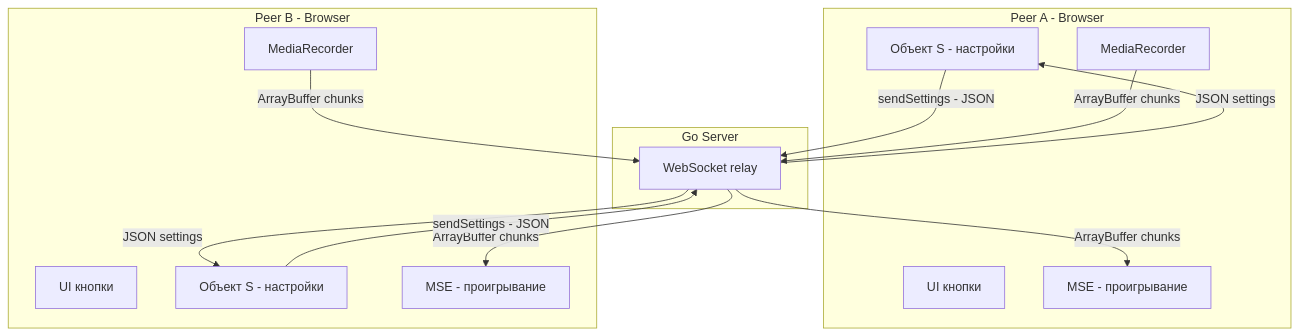
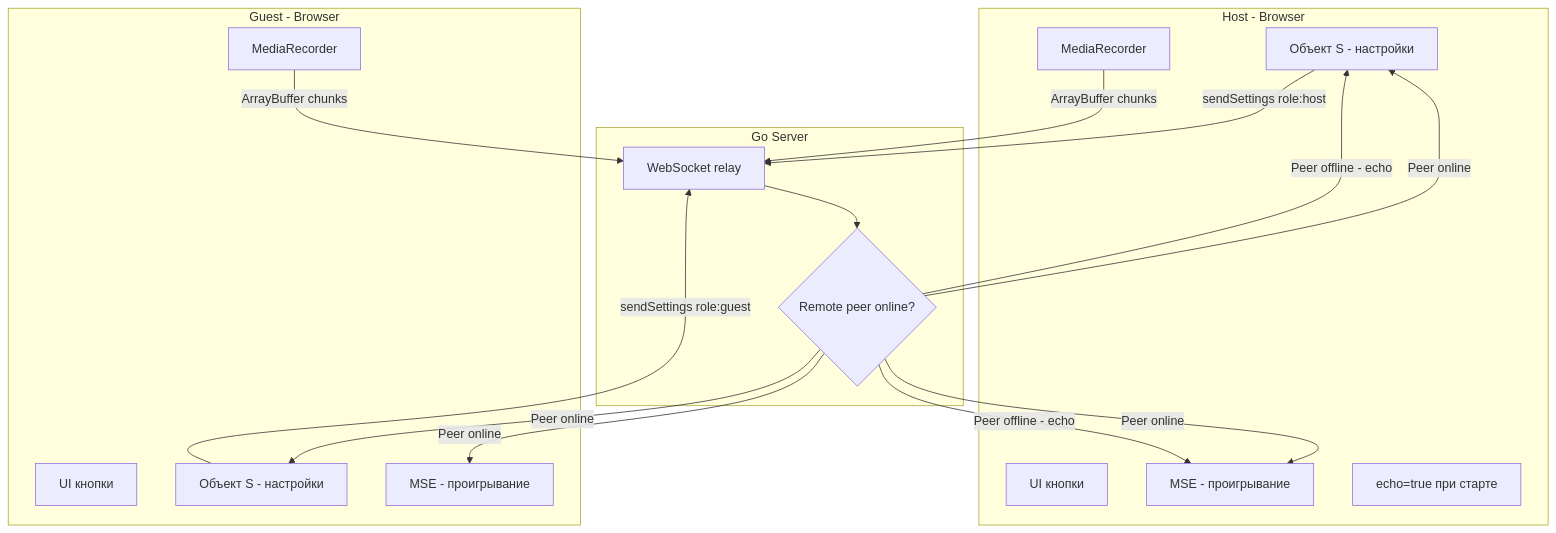
One commit to howeyc/crocgui changed the first of 6 diagrams in plans/videocall-protocol.md. Above: the diagram before and after it, drawn with Mermaid. The commit also changed other lines of this file and 9 other files, not shown here.

````diff
--- a/plans/videocall-protocol.md
+++ b/plans/videocall-protocol.md
@@ -5,27 +5,33 @@
 ```mermaid
 graph TD
-    subgraph Peer A - Browser
-        A_UI[UI кнопки]
-        A_S[Объект S - настройки]
-        A_REC[MediaRecorder]
-        A_MSE[MSE - проигрывание]
+    subgraph Host - Browser
+        H_UI[UI кнопки]
+        H_S[Объект S - настройки]
+        H_REC[MediaRecorder]
+        H_MSE[MSE - проигрывание]
+        H_ECHO[echo=true при старте]
     end
     subgraph Go Server
         WS[WebSocket relay]
+        ECHO{Remote peer online?}
     end
-    subgraph Peer B - Browser
-        B_UI[UI кнопки]
-        B_S[Объект S - настройки]
-        B_REC[MediaRecorder]
-        B_MSE[MSE - проигрывание]
+    subgraph Guest - Browser
+        G_UI[UI кнопки]
+        G_S[Объект S - настройки]
+        G_REC[MediaRecorder]
+        G_MSE[MSE - проигрывание]
     end
 
-    A_S -->|sendSettings - JSON| WS
-    A_REC -->|ArrayBuffer chunks| WS
-    WS -->|JSON settings| B_S
-    WS -->|ArrayBuffer chunks| B_MSE
-    B_S -->|sendSettings - JSON| WS
-    B_REC -->|ArrayBuffer chunks| WS
-    WS -->|JSON settings| A_S
-    WS -->|ArrayBuffer chunks| A_MSE
+    H_S -->|sendSettings role:host| WS
+    H_REC -->|ArrayBuffer chunks| WS
+    G_S -->|sendSettings role:guest| WS
+    G_REC -->|ArrayBuffer chunks| WS
+
+    WS --> ECHO
+    ECHO -->|Peer online| G_S
+    ECHO -->|Peer online| G_MSE
+    ECHO -->|Peer online| H_S
+    ECHO -->|Peer online| H_MSE
+    ECHO -->|Peer offline - echo| H_S
+    ECHO -->|Peer offline - echo| H_MSE
 ```
````
